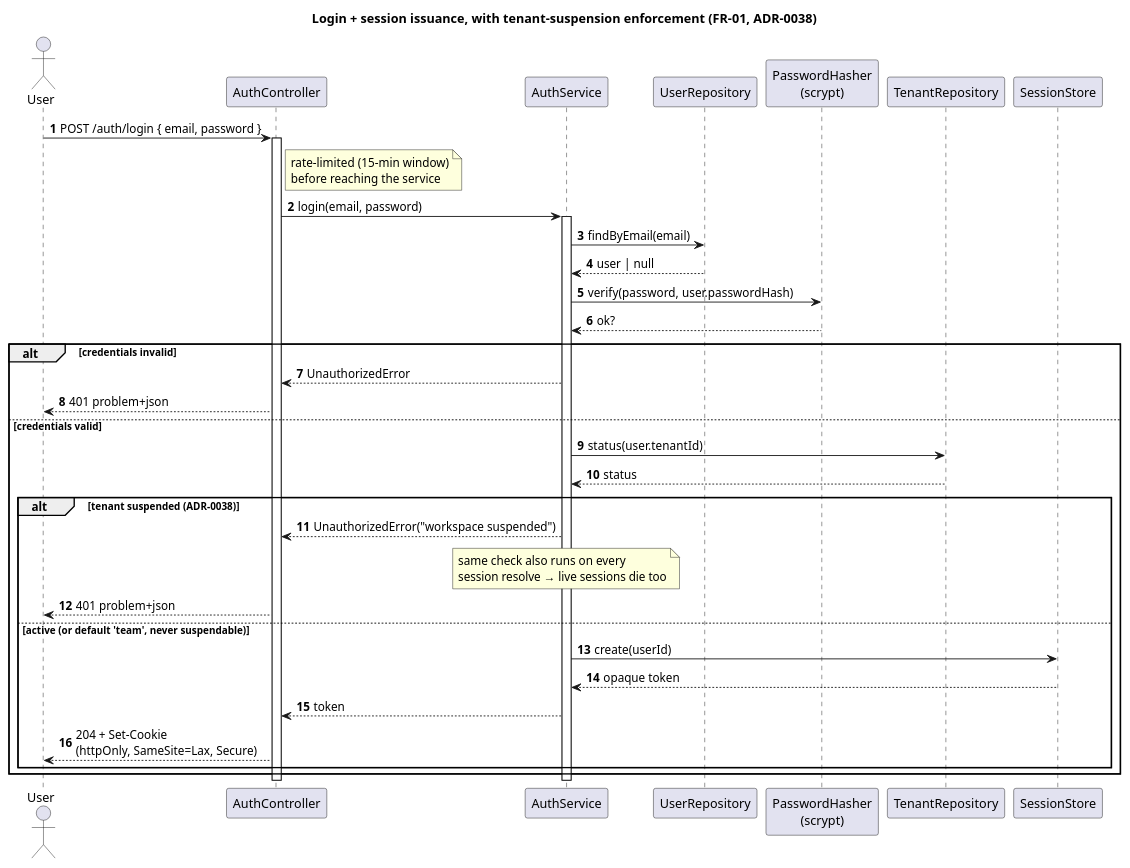
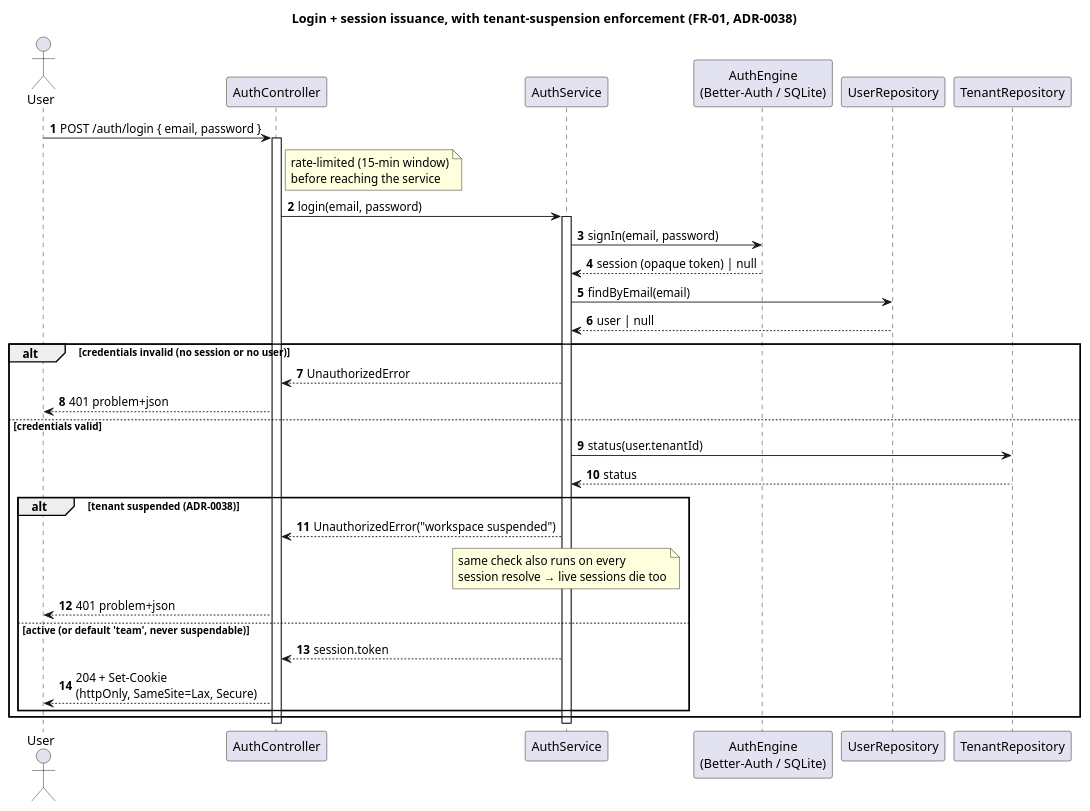
The diagram in docs/umls/06_seq_login.puml (NexusHero/Resume), drawn with PlantUML before and after one commit. The commit also changed 35 other files, not shown here.

First line of the commit message:
refactor(auth): remove the legacy SessionStore + scrypt hasher

```diff
--- a/docs/umls/06_seq_login.puml
+++ b/docs/umls/06_seq_login.puml
@@ -1,45 +1,42 @@
 @startuml 06_seq_login
 title Login + session issuance, with tenant-suspension enforcement (FR-01, ADR-0038)
 
 skinparam shadowing false
 autonumber
 
 actor User
 participant "AuthController" as Ctrl
 participant "AuthService" as Auth
+participant "AuthEngine\n(Better-Auth / SQLite)" as Engine
 participant "UserRepository" as Users
-participant "PasswordHasher\n(scrypt)" as Hash
 participant "TenantRepository" as Tenants
-participant "SessionStore" as Sessions
 
 User -> Ctrl : POST /auth/login { email, password }
 activate Ctrl
 note right of Ctrl : rate-limited (15-min window)\nbefore reaching the service
 Ctrl -> Auth : login(email, password)
 activate Auth
+Auth -> Engine : signIn(email, password)
+Engine --> Auth : session (opaque token) | null
 Auth -> Users : findByEmail(email)
 Users --> Auth : user | null
-Auth -> Hash : verify(password, user.passwordHash)
-Hash --> Auth : ok?
 
-alt credentials invalid
+alt credentials invalid (no session or no user)
   Auth --> Ctrl : UnauthorizedError
   Ctrl --> User : 401 problem+json
 else credentials valid
   Auth -> Tenants : status(user.tenantId)
   Tenants --> Auth : status
   alt tenant suspended (ADR-0038)
     Auth --> Ctrl : UnauthorizedError("workspace suspended")
     note over Auth : same check also runs on every\nsession resolve → live sessions die too
     Ctrl --> User : 401 problem+json
   else active (or default 'team', never suspendable)
-    Auth -> Sessions : create(userId)
-    Sessions --> Auth : opaque token
-    Auth --> Ctrl : token
+    Auth --> Ctrl : session.token
     Ctrl --> User : 204 + Set-Cookie\n(httpOnly, SameSite=Lax, Secure)
   end
 end
 deactivate Auth
 deactivate Ctrl
 
 @enduml
```
